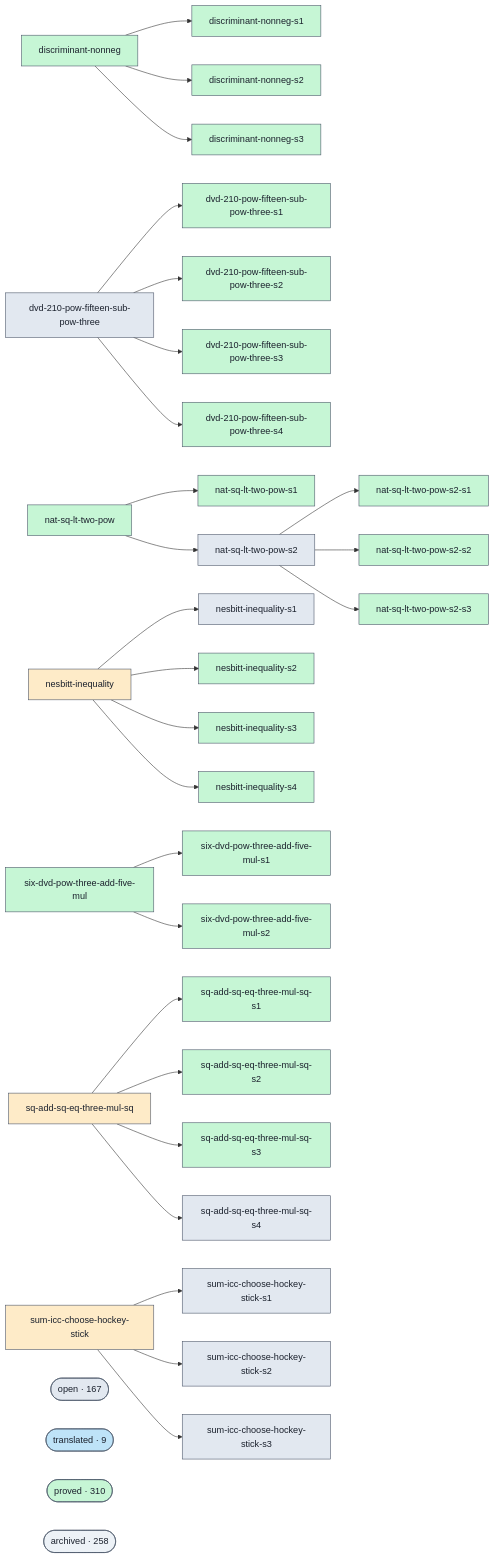
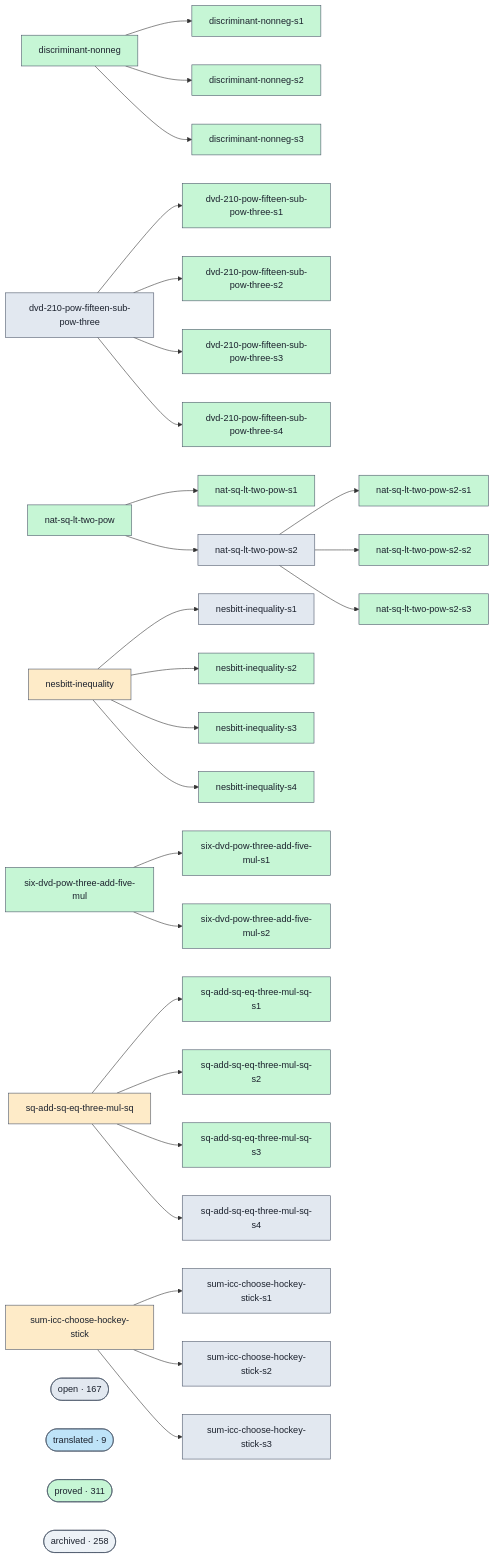
One commit to ohdearquant/unsorry changed the diagram in docs/proofs-contributors-visualisation.md. Above: the diagram before and after it, drawn with Mermaid. The commit also changed other lines of this file and 2 other files, not shown here.

```diff
--- a/docs/proofs-contributors-visualisation.md
+++ b/docs/proofs-contributors-visualisation.md
@@ -147,7 +147,7 @@
   class cluster_open open;
   cluster_translated(["translated · 9"])
   class cluster_translated translated;
-  cluster_proved(["proved · 310"])
+  cluster_proved(["proved · 311"])
   class cluster_proved proved;
   cluster_archived(["archived · 258"])
   class cluster_archived unknown;
```
